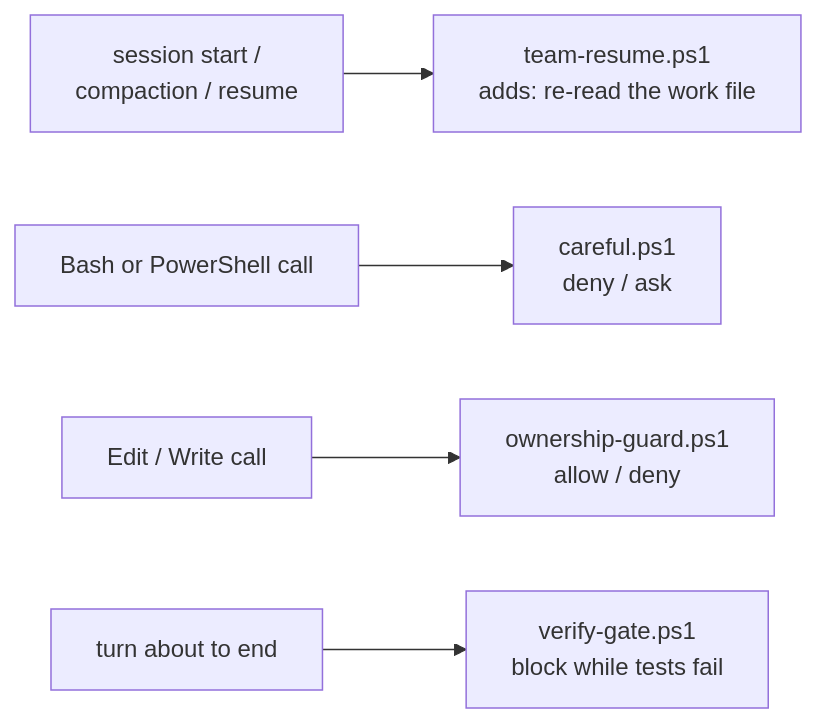
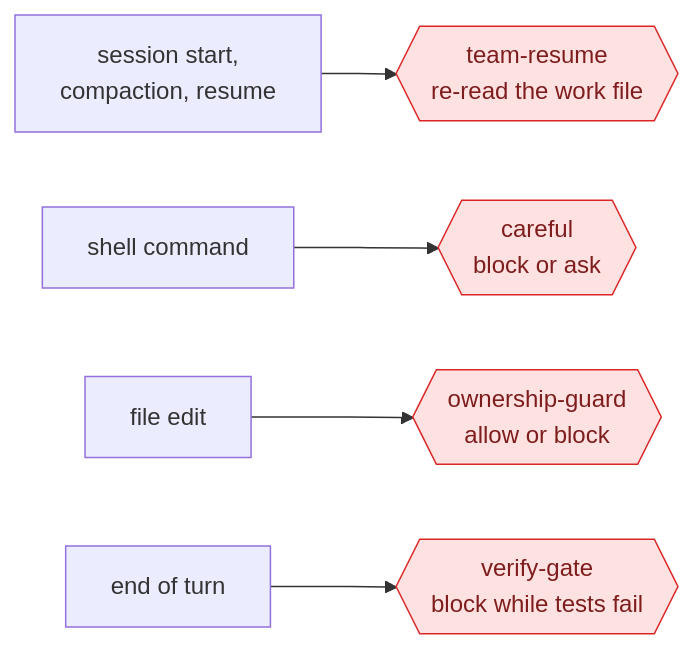
Before and after one commit to suryas91/claude-skills: the diagram in docs/safety-and-evidence.md, drawn with Mermaid. The commit also changed other lines of this file and 31 other files, not shown here.

````diff
--- a/docs/safety-and-evidence.md
+++ b/docs/safety-and-evidence.md
@@ -78,7 +77,9 @@
 ```mermaid
 flowchart LR
-    SS[session start /<br/>compaction / resume] --> TR[team-resume.ps1<br/>adds: re-read the work file]
-    TC[Bash or PowerShell call] --> CA[careful.ps1<br/>deny / ask]
-    ED[Edit / Write call] --> OG[ownership-guard.ps1<br/>allow / deny]
-    ST[turn about to end] --> VG[verify-gate.ps1<br/>block while tests fail]
+    SS[session start,<br/>compaction, resume] --> TR{{team-resume<br/>re-read the work file}}
+    TC[shell command] --> CA{{careful<br/>block or ask}}
+    ED[file edit] --> OG{{ownership-guard<br/>allow or block}}
+    ST[end of turn] --> VG{{verify-gate<br/>block while tests fail}}
+    classDef guard fill:#fee2e2,stroke:#dc2626,color:#7f1d1d
+    class TR,CA,OG,VG guard
 ```
````
